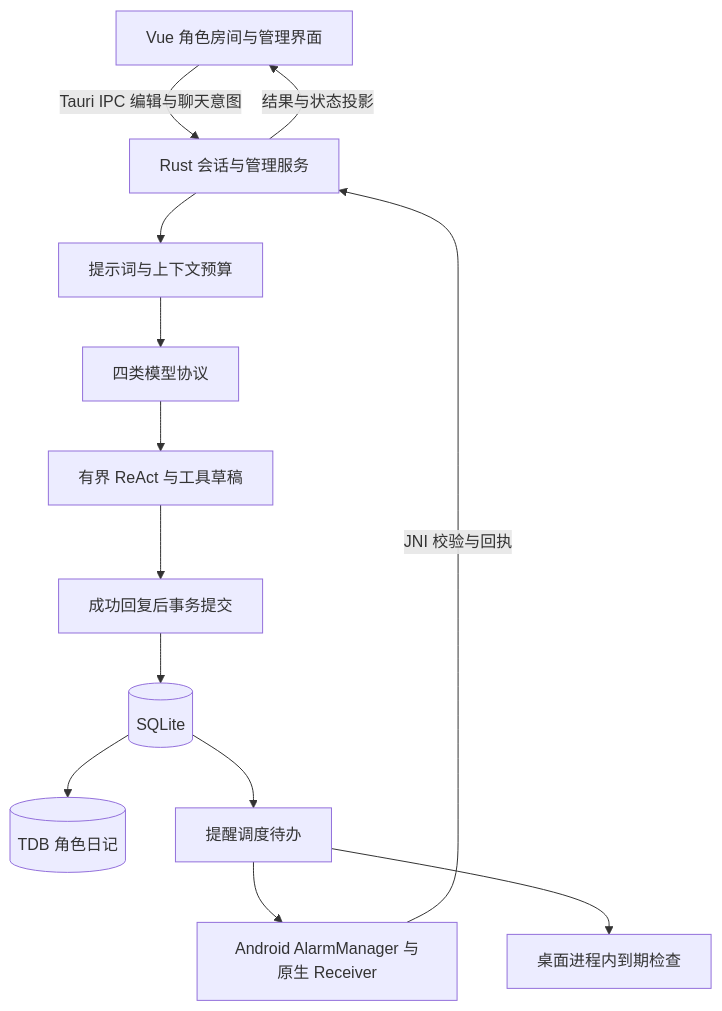
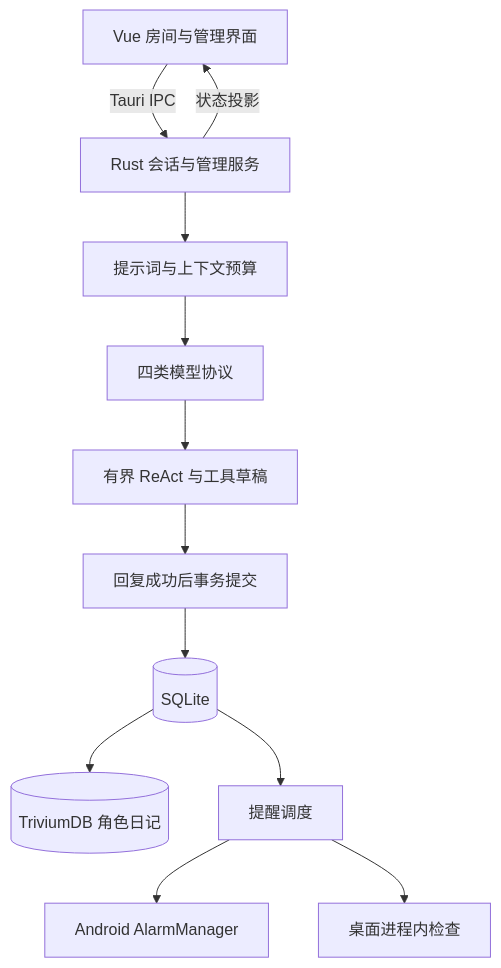
Before and after one commit to YoKONCy/Peroperochat: the diagram in README.md, drawn with Mermaid. The commit also changed other lines of this file and 167 other files, not shown here.

````diff
--- a/README.md
+++ b/README.md
@@ -81,15 +194,14 @@
 ```mermaid
 flowchart TD
-    UI[Vue 角色房间与管理界面] -->|Tauri IPC 编辑与聊天意图| Rust[Rust 会话与管理服务]
+    UI[Vue 房间与管理界面] -->|Tauri IPC| Rust[Rust 会话与管理服务]
     Rust --> Prompt[提示词与上下文预算]
     Prompt --> Model[四类模型协议]
     Model --> Tools[有界 ReAct 与工具草稿]
-    Tools --> Commit[成功回复后事务提交]
+    Tools --> Commit[回复成功后事务提交]
     Commit --> SQLite[(SQLite)]
-    SQLite --> Diary[(TDB 角色日记)]
-    SQLite --> Dispatch[提醒调度待办]
-    Dispatch --> Android[Android AlarmManager 与原生 Receiver]
-    Android -->|JNI 校验与回执| Rust
-    Dispatch --> Desktop[桌面进程内到期检查]
-    Rust -->|结果与状态投影| UI
+    SQLite --> Diary[(TriviumDB 角色日记)]
+    SQLite --> Dispatch[提醒调度]
+    Dispatch --> Android[Android AlarmManager]
+    Dispatch --> Desktop[桌面进程内检查]
+    Rust -->|状态投影| UI
 ```
````
